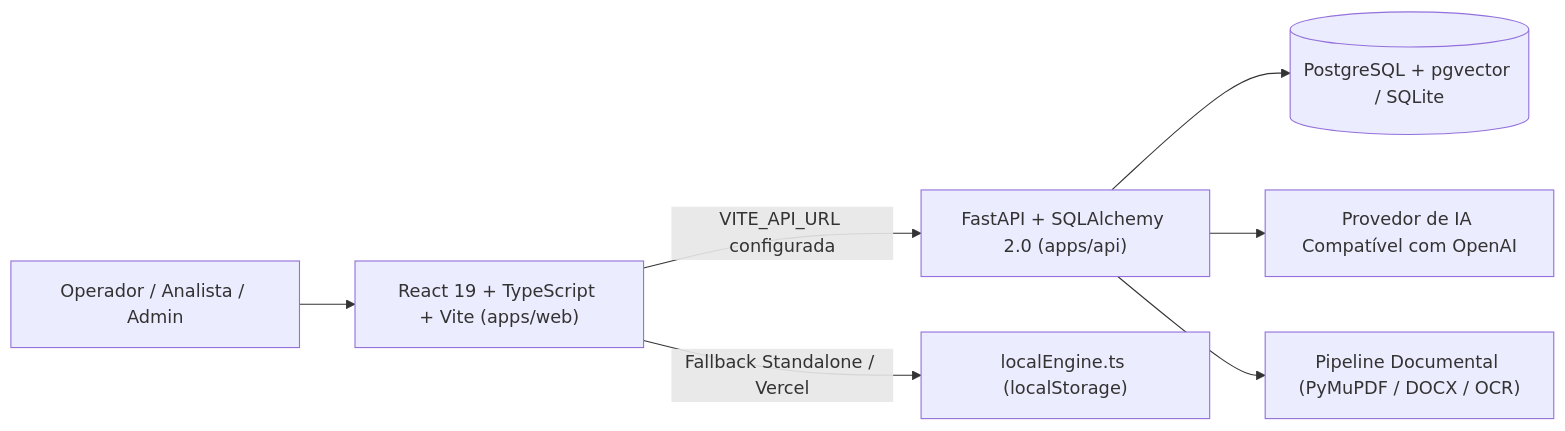
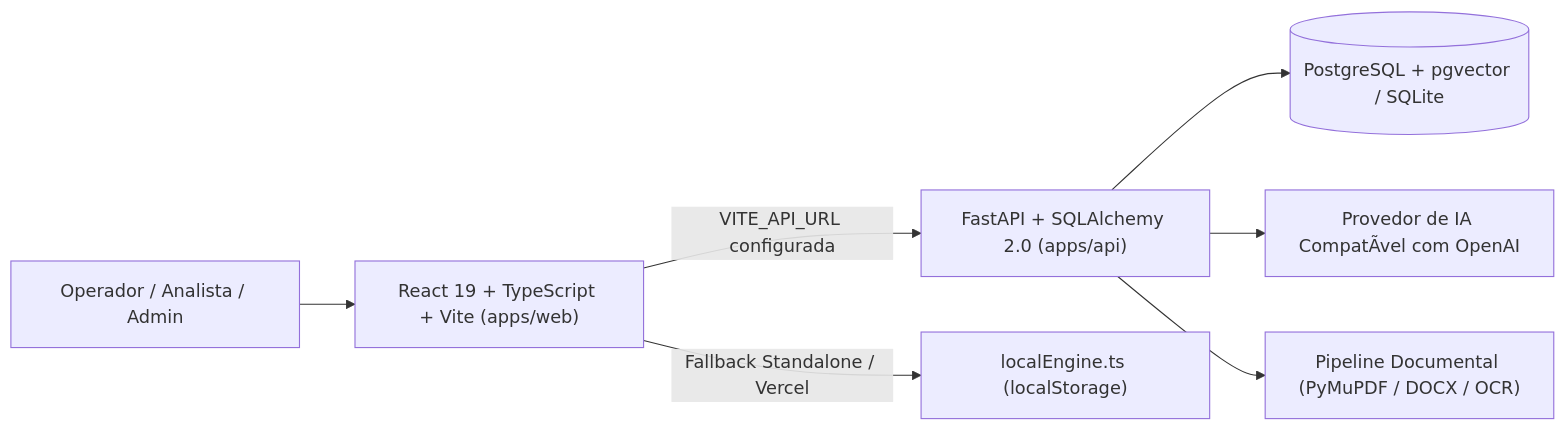
The diagram in README.pt.md (tIILUNGI/Sentinela-IA), drawn with Mermaid before and after one commit. The commit also changed other lines of this file and 5 other files, not shown here.

````diff
--- a/README.pt.md
+++ b/README.pt.md
@@ -44,9 +61,9 @@
 ```mermaid
 flowchart LR
   User["Operador / Analista / Admin"] --> Web["React 19 + TypeScript + Vite (apps/web)"]
   Web -->|"VITE_API_URL configurada"| API["FastAPI + SQLAlchemy 2.0 (apps/api)"]
   Web -->|"Fallback Standalone / Vercel"| Local["localEngine.ts (localStorage)"]
   API --> DB[("PostgreSQL + pgvector / SQLite")]
-  API --> AI["Provedor de IA Compatível com OpenAI"]
+  API --> AI["Provedor de IA CompatÃ­vel com OpenAI"]
   API --> Pipeline["Pipeline Documental (PyMuPDF / DOCX / OCR)"]
 ```
````
